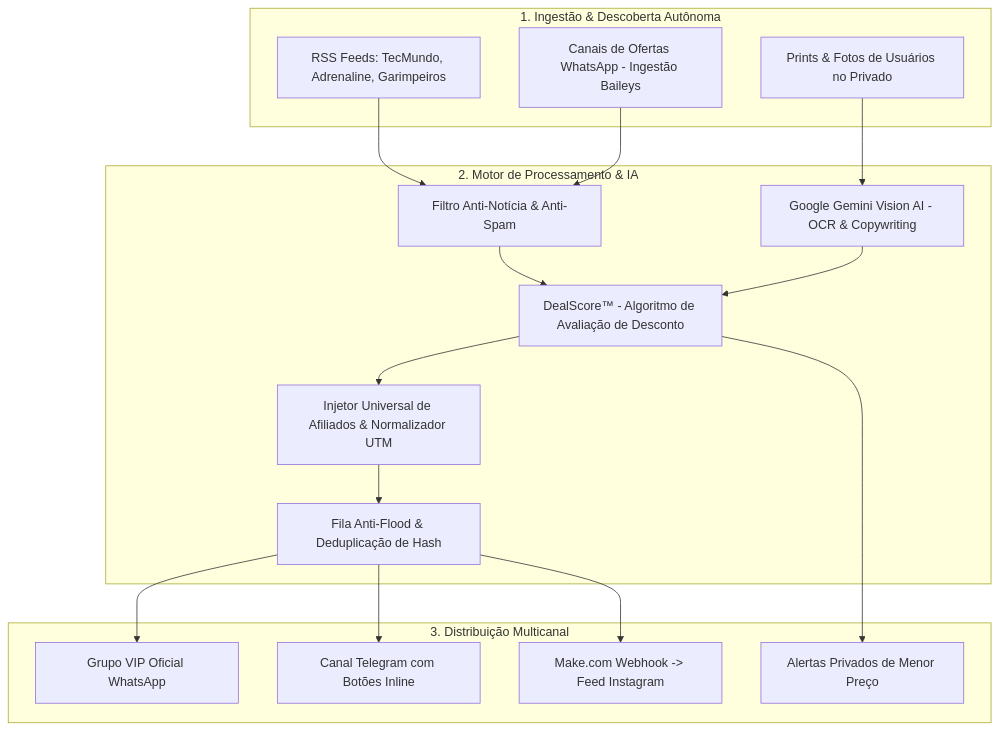
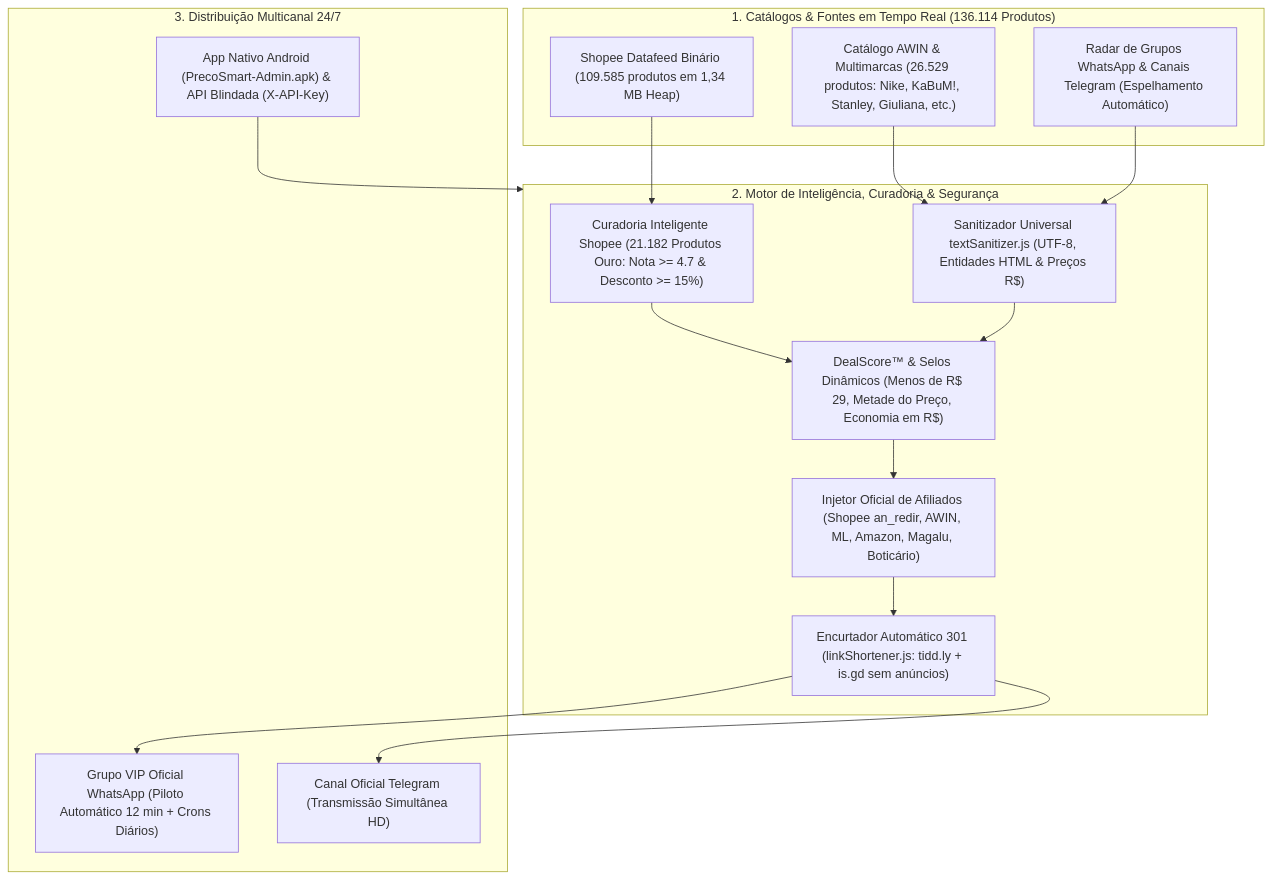
One commit to twazevedo/precosmart changed the diagram in README.md. Above: the diagram before and after it, drawn with Mermaid. The commit also changed other lines of this file and 5 other files, not shown here.

````diff
--- a/README.md
+++ b/README.md
@@ -25,35 +27,33 @@
 ```mermaid
 flowchart TD
-    subgraph Sourcing ["1. Ingestão & Descoberta Autônoma"]
-        A1[RSS Feeds: TecMundo, Adrenaline, Garimpeiros]
-        A2[Canais de Ofertas WhatsApp - Ingestão Baileys]
-        A3[Prints & Fotos de Usuários no Privado]
+    subgraph Catalogs ["1. Catálogos & Fontes em Tempo Real (136.114 Produtos)"]
+        A1["Shopee Datafeed Binário (109.585 produtos em 1,34 MB Heap)"]
+        A2["Catálogo AWIN & Multimarcas (26.529 produtos: Nike, KaBuM!, Stanley, Giuliana, etc.)"]
+        A3["Radar de Grupos WhatsApp & Canais Telegram (Espelhamento Automático)"]
     end
 
-    subgraph Core ["2. Motor de Processamento & IA"]
-        B1[Filtro Anti-Notícia & Anti-Spam]
-        B2[Google Gemini Vision AI - OCR & Copywriting]
-        B3[DealScore™ - Algoritmo de Avaliação de Desconto]
-        B4[Injetor Universal de Afiliados & Normalizador UTM]
-        B5[Fila Anti-Flood & Deduplicação de Hash]
+    subgraph Engine ["2. Motor de Inteligência, Curadoria & Segurança"]
+        B1["Curadoria Inteligente Shopee (21.182 Produtos Ouro: Nota >= 4.7 & Desconto >= 15%)"]
+        B2["Sanitizador Universal textSanitizer.js (UTF-8, Entidades HTML & Preços R$)"]
+        B3["DealScore™ & Selos Dinâmicos (Menos de R$ 29, Metade do Preço, Economia em R$)"]
+        B4["Injetor Oficial de Afiliados (Shopee an_redir, AWIN, ML, Amazon, Magalu, Boticário)"]
+        B5["Encurtador Automático 301 (linkShortener.js: tidd.ly + is.gd sem anúncios)"]
     end
 
-    subgraph Distribution ["3. Distribuição Multicanal"]
-        C1[Grupo VIP Oficial WhatsApp]
-        C2[Canal Telegram com Botões Inline]
-        C3[Make.com Webhook -> Feed Instagram]
-        C4[Alertas Privados de Menor Preço]
+    subgraph Distribution ["3. Distribuição Multicanal 24/7"]
+        C1["Grupo VIP Oficial WhatsApp (Piloto Automático 12 min + Crons Diários)"]
+        C2["Canal Oficial Telegram (Transmissão Simultânea HD)"]
+        C3["App Nativo Android (PrecoSmart-Admin.apk) & API Blindada (X-API-Key)"]
     end
 
     A1 --> B1
-    A2 --> B1
+    A2 --> B2
     A3 --> B2
     B1 --> B3
     B2 --> B3
     B3 --> B4
     B4 --> B5
     B5 --> C1
     B5 --> C2
-    B5 --> C3
-    B3 --> C4
+    C3 --> Engine
 ```
````
